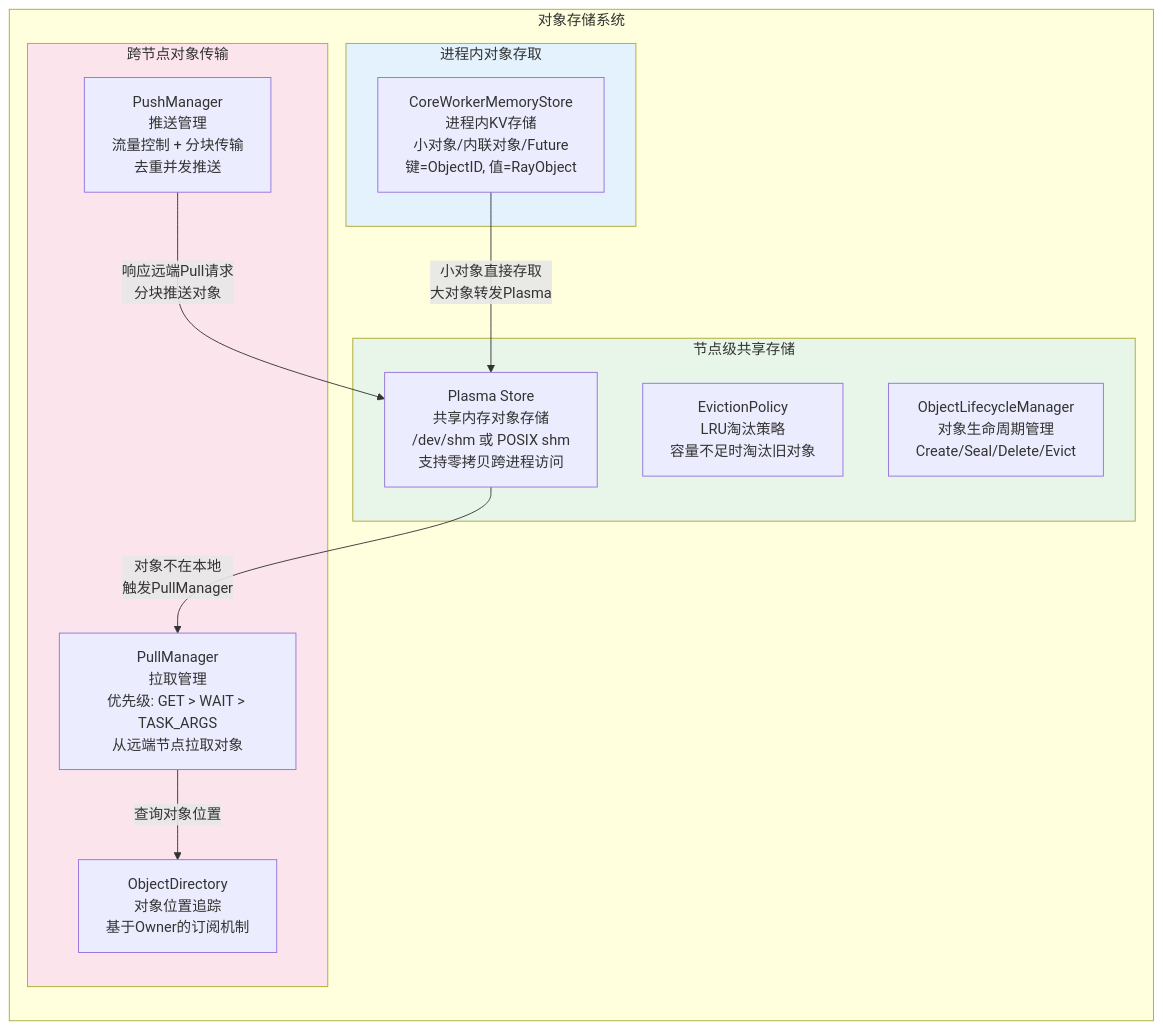
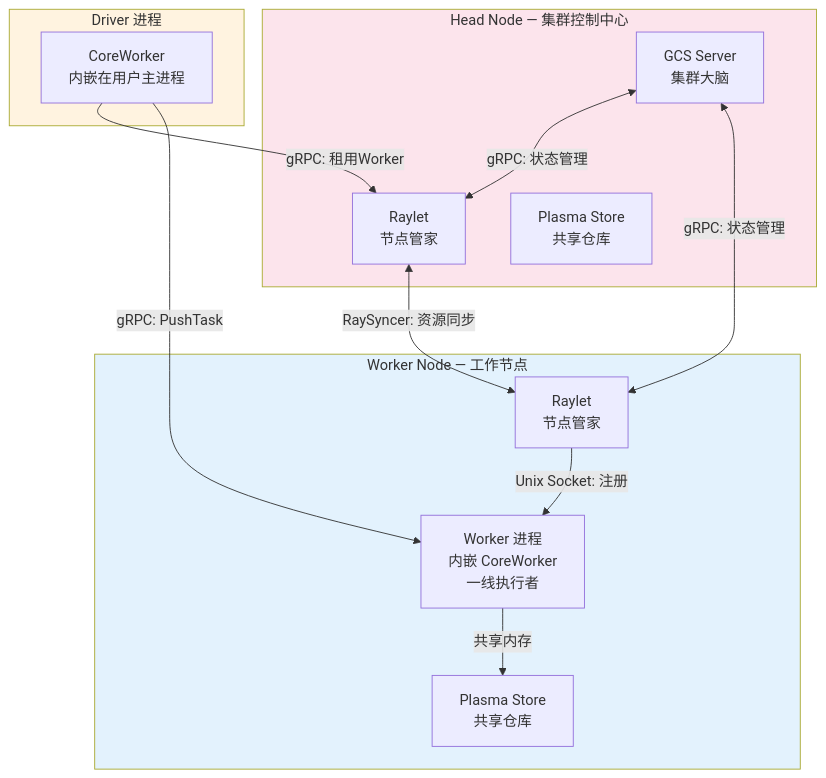
The first of 7 diagrams in doc/source/ray-core/ray-architecture-overview.md (wangguimin18-boop/ray-project), drawn with Mermaid before and after one commit. The commit also changed other lines of this file, not shown here.

````diff
--- a/doc/source/ray-core/ray-architecture-overview.md
+++ b/doc/source/ray-core/ray-architecture-overview.md
@@ -300,31 +129,30 @@
 ```mermaid
 graph TB
-    subgraph ObjMgrPlasma["对象存储系统"]
-        direction TB
-
-        subgraph PerProcess["进程内对象存取"]
-            MemStore["CoreWorkerMemoryStore<br>进程内KV存储<br>小对象/内联对象/Future<br>键=ObjectID, 值=RayObject"]
-        end
-
-        subgraph PerNode["节点级共享存储"]
-            PlasmaStore["Plasma Store<br>共享内存对象存储<br>/dev/shm 或 POSIX shm<br>支持零拷贝跨进程访问"]
-            Eviction["EvictionPolicy<br>LRU淘汰策略<br>容量不足时淘汰旧对象"]
-            Lifecycle["ObjectLifecycleManager<br>对象生命周期管理<br>Create/Seal/Delete/Evict"]
-        end
-
-        subgraph CrossNode["跨节点对象传输"]
-            PullMgr["PullManager<br>拉取管理<br>优先级: GET > WAIT > TASK_ARGS<br>从远端节点拉取对象"]
-            PushMgr["PushManager<br>推送管理<br>流量控制 + 分块传输<br>去重并发推送"]
-            ObjDir["ObjectDirectory<br>对象位置追踪<br>基于Owner的订阅机制"]
-        end
+    subgraph HeadNode["Head Node — 集群控制中心"]
+        GCS["GCS Server<br>集群大脑"]
+        HeadRaylet["Raylet<br>节点管家"]
+        HeadPlasma["Plasma Store<br>共享仓库"]
     end
 
-    MemStore -->|"小对象直接存取<br>大对象转发Plasma"| PlasmaStore
-    PlasmaStore -->|"对象不在本地<br>触发PullManager"| PullMgr
-    PullMgr -->|"查询对象位置"| ObjDir
-    PushMgr -->|"响应远端Pull请求<br>分块推送对象"| PlasmaStore
+    subgraph WorkerNode["Worker Node — 工作节点"]
+        WRaylet["Raylet<br>节点管家"]
+        WPlasma["Plasma Store<br>共享仓库"]
+        WWorker["Worker 进程<br>内嵌 CoreWorker<br>一线执行者"]
+    end
 
-    style PerProcess fill:#e3f2fd
-    style PerNode fill:#e8f5e9
-    style CrossNode fill:#fce4ec
+    subgraph DriverProcess["Driver 进程"]
+        DriverCW["CoreWorker<br>内嵌在用户主进程"]
+    end
+
+    GCS <-->|"gRPC: 状态管理"| HeadRaylet
+    GCS <-->|"gRPC: 状态管理"| WRaylet
+    HeadRaylet <-->|"RaySyncer: 资源同步"| WRaylet
+    DriverCW -->|"gRPC: 租用Worker"| HeadRaylet
+    DriverCW -->|"gRPC: PushTask"| WWorker
+    WRaylet -->|"Unix Socket: 注册"| WWorker
+    WWorker -->|"共享内存"| WPlasma
+
+    style HeadNode fill:#fce4ec
+    style WorkerNode fill:#e3f2fd
+    style DriverProcess fill:#fff3e0
 ```
````
